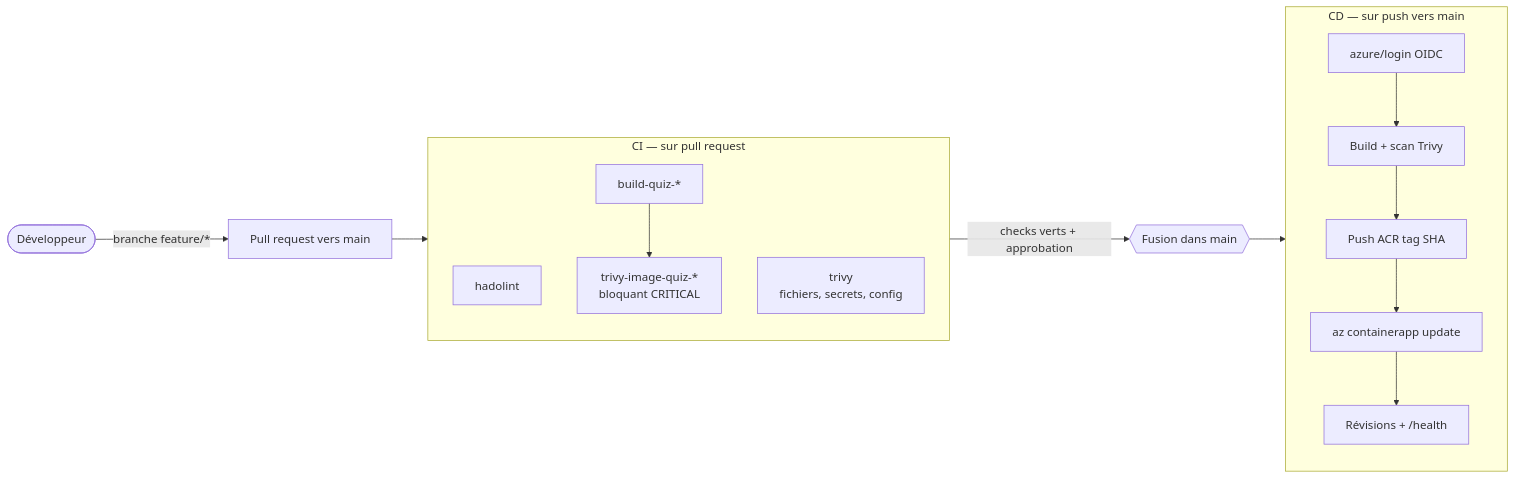
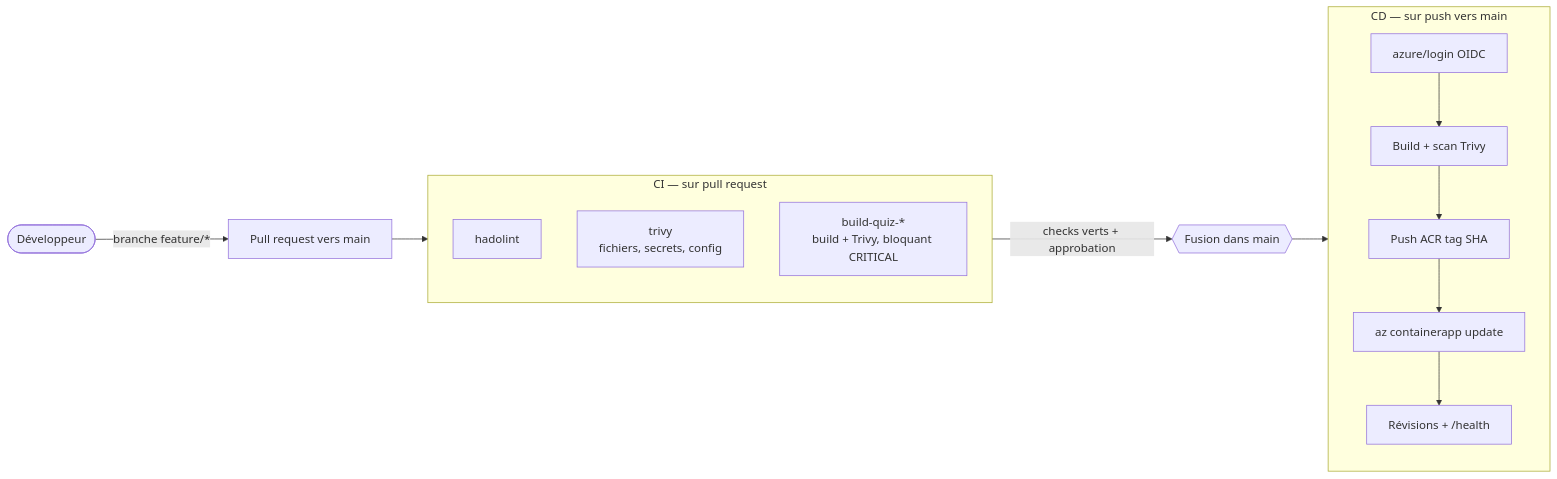
The second of 2 diagrams in README.md (adam-benyekkou/eval-quiz-app), drawn with Mermaid before and after one commit. The commit also changed other lines of this file and 6 other files, not shown here.

First line of the commit message:
ci: share build and scan between CI and CD, block on CRITICAL only

````diff
--- a/README.md
+++ b/README.md
@@ -64,28 +64,26 @@
 ```mermaid
 flowchart LR
     dev([Développeur]) -->|branche feature/*| pr[Pull request vers main]
 
     subgraph ci["CI — sur pull request"]
         direction TB
         h[hadolint]
         t[trivy<br/>fichiers, secrets, config]
-        b[build-quiz-*]
-        ti[trivy-image-quiz-*<br/>bloquant CRITICAL]
-        b --> ti
+        b[build-quiz-*<br/>build + Trivy, bloquant CRITICAL]
     end
 
     pr --> ci
     ci -->|checks verts + approbation| merge{{Fusion dans main}}
 
     subgraph cd["CD — sur push vers main"]
         direction TB
         login[azure/login OIDC]
         build[Build + scan Trivy]
         push[Push ACR tag SHA]
         upd[az containerapp update]
         hc[Révisions + /health]
         login --> build --> push --> upd --> hc
     end
 
     merge --> cd
 ```
````
